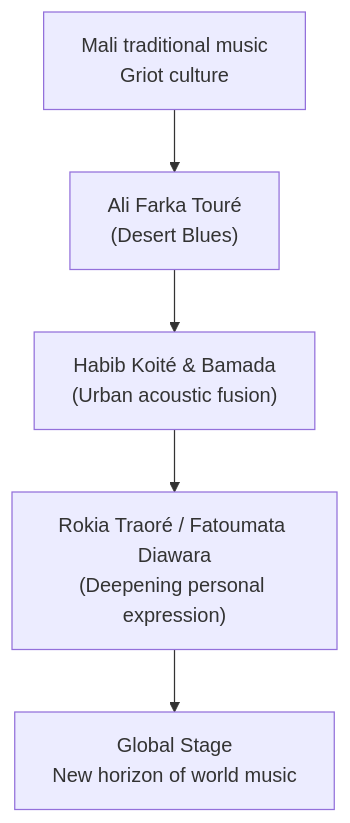
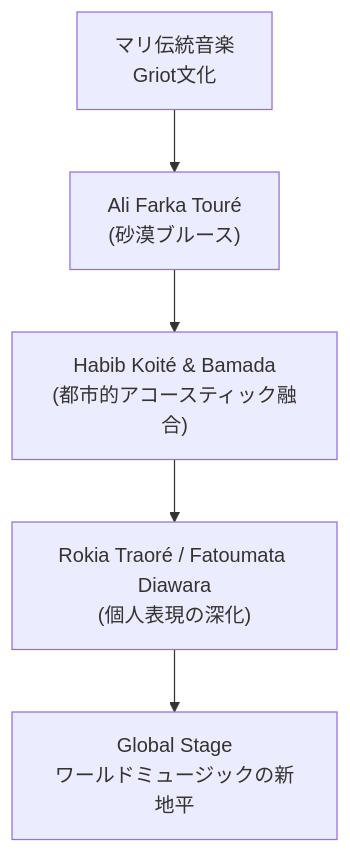
Before and after one commit to monumental-movement/monumental-movement.github.io: the diagram in en/_posts/2025-10-30-column-habib-koite-mali.md, drawn with Mermaid. The commit also changed other lines of this file and 1724 other files, not shown here.

```diff
--- a/en/_posts/2025-10-30-column-habib-koite-mali.md
+++ b/en/_posts/2025-10-30-column-habib-koite-mali.md
@@ -181,9 +179,9 @@
 <div class="mermaid">
 
 graph TD
-A["Mali traditional music<br>Griot culture"] --> B["Ali Farka Touré<br>(Desert Blues)"]
-B --> C["Habib Koité & Bamada<br>(Urban acoustic fusion)"]
-C --> D["Rokia Traoré / Fatoumata Diawara<br>(Deepening personal expression)"]
-D --> E["Global Stage<br>New horizon of world music"]
+    A["マリ伝統音楽<br>Griot文化"] --> B["Ali Farka Touré<br>(砂漠ブルース)"]
+    B --> C["Habib Koité & Bamada<br>(都市的アコースティック融合)"]
+    C --> D["Rokia Traoré / Fatoumata Diawara<br>(個人表現の深化)"]
+    D --> E["Global Stage<br>ワールドミュージックの新地平"]
 
 </div>
```
